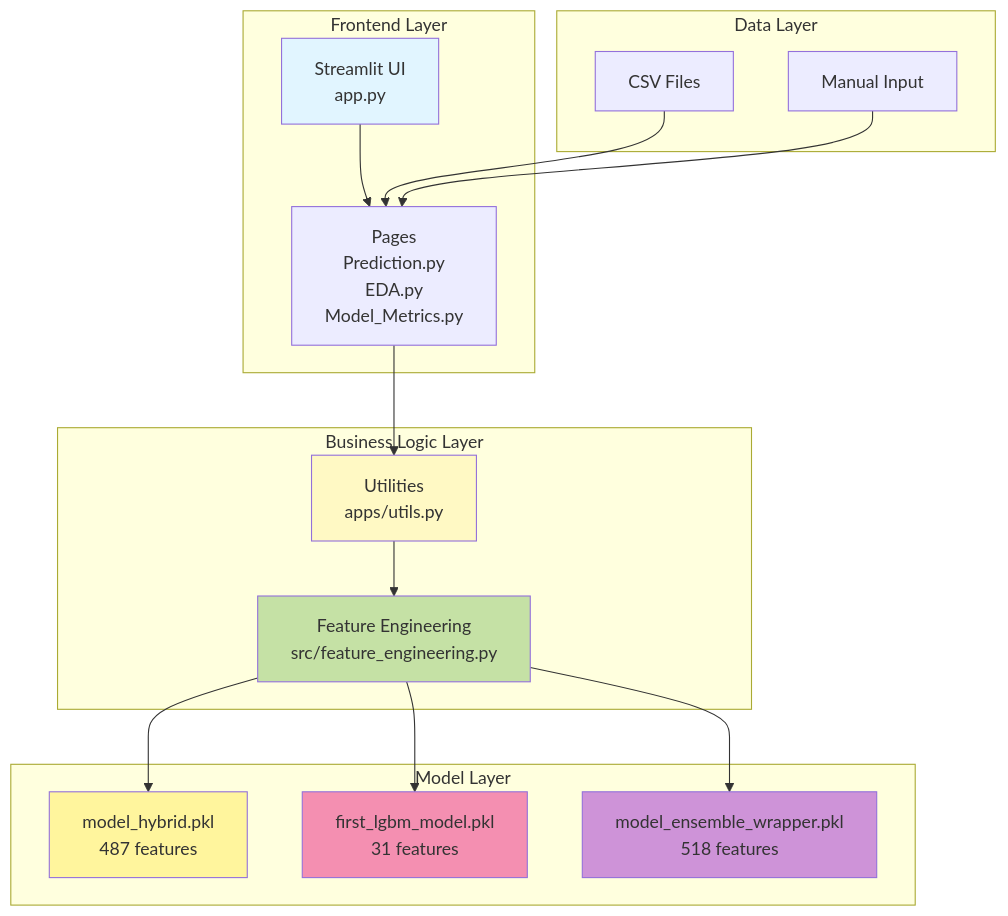
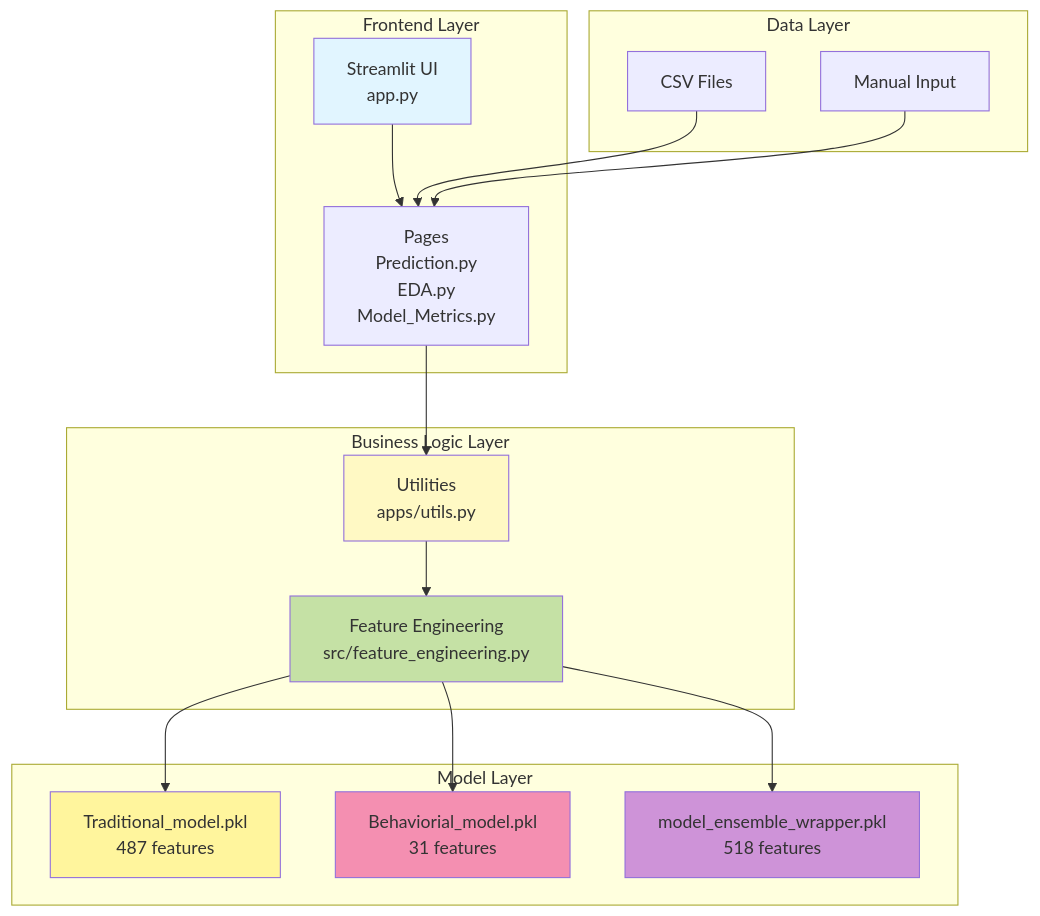
Before and after one commit to walterzenia/A-smart-Loan-default-hybrid-system: diagram 12 of 22 in MODEL_ARCHITECTURE_FLOWCHART.md, drawn with Mermaid. The commit also changed other lines of this file and 30 other files, not shown here.

````diff
--- a/MODEL_ARCHITECTURE_FLOWCHART.md
+++ b/MODEL_ARCHITECTURE_FLOWCHART.md
@@ -414,39 +414,39 @@
 ```mermaid
 graph TB
     subgraph "Frontend Layer"
         UI[Streamlit UI<br/>app.py]
         Pages[Pages<br/>Prediction.py<br/>EDA.py<br/>Model_Metrics.py]
     end
 
     subgraph "Business Logic Layer"
         Utils[Utilities<br/>apps/utils.py]
         FE[Feature Engineering<br/>src/feature_engineering.py]
     end
 
     subgraph "Model Layer"
-        M1[model_hybrid.pkl<br/>487 features]
-        M2[first_lgbm_model.pkl<br/>31 features]
+        M1[Traditional_model.pkl<br/>487 features]
+        M2[Behaviorial_model.pkl<br/>31 features]
         M3[model_ensemble_wrapper.pkl<br/>518 features]
     end
 
     subgraph "Data Layer"
         D1[CSV Files]
         D2[Manual Input]
     end
 
     UI --> Pages
     Pages --> Utils
     Utils --> FE
     FE --> M1
     FE --> M2
     FE --> M3
     D1 --> Pages
     D2 --> Pages
 
     style UI fill:#e1f5ff
     style Utils fill:#fff9c4
     style FE fill:#c5e1a5
     style M1 fill:#fff59d
     style M2 fill:#f48fb1
     style M3 fill:#ce93d8
 ```
````
